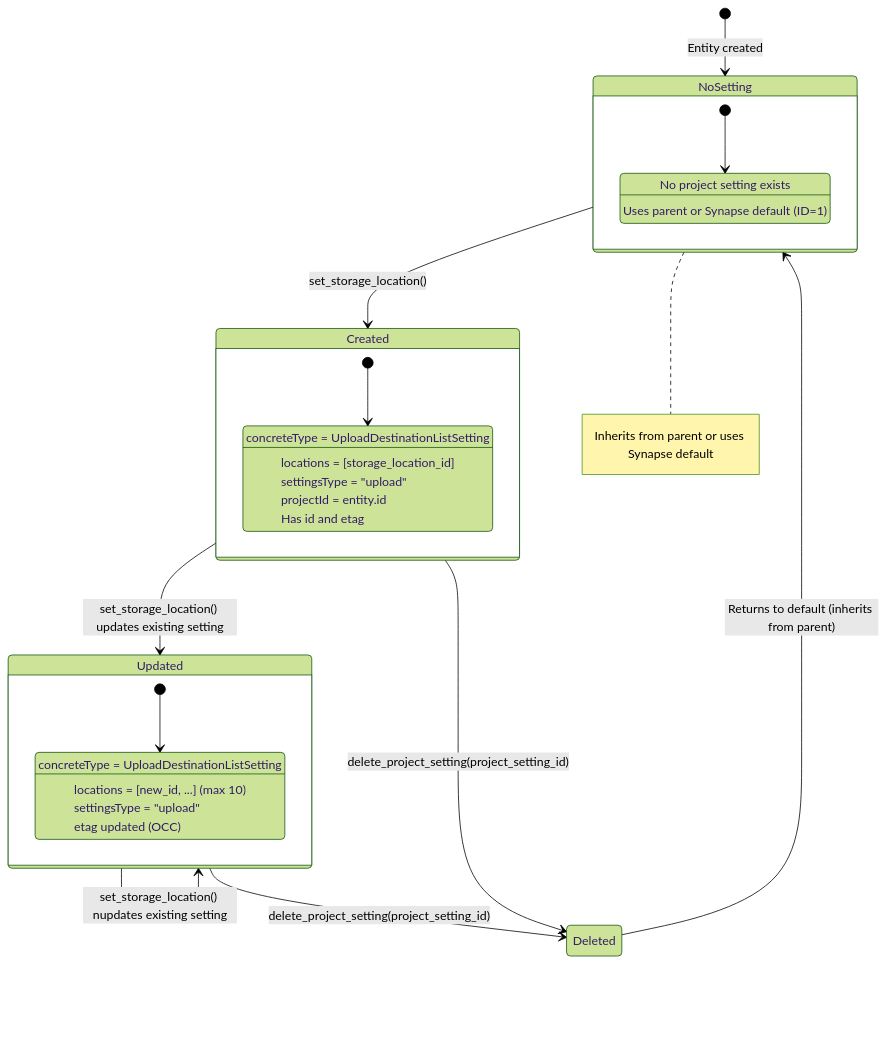
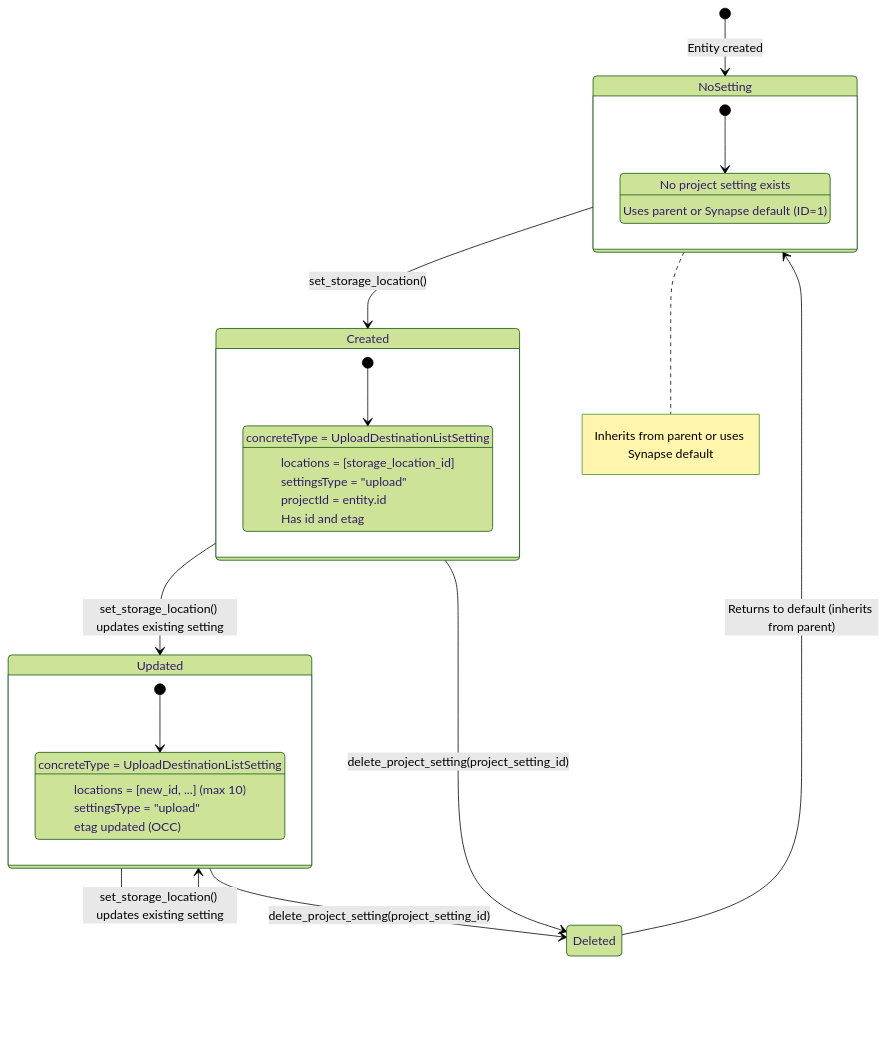
One commit to Sage-Bionetworks/synapsePythonClient changed the seventh of 10 diagrams in docs/explanations/storage_location_architecture.md. Above: the diagram before and after it, drawn with Mermaid (forest theme). The commit also changed other lines of this file, not shown here.

Commit message:
refine migration flow

````diff
--- a/docs/explanations/storage_location_architecture.md
+++ b/docs/explanations/storage_location_architecture.md
@@ -512,38 +512,38 @@
 ```mermaid
 stateDiagram-v2
     [*] --> NoSetting: Entity created
 
     NoSetting --> Created: set_storage_location()
     Note right of NoSetting: Inherits from parent or uses Synapse default
 
     Created --> Updated: set_storage_location() updates existing setting
-    Updated --> Updated: set_storage_location() nupdates existing setting
+    Updated --> Updated: set_storage_location() updates existing setting
 
     Created --> Deleted: delete_project_setting(project_setting_id)
     Updated --> Deleted: delete_project_setting(project_setting_id)
 
     Deleted --> NoSetting: Returns to default (inherits from parent)
 
     state NoSetting {
         [*] --> Inherited
         Inherited: No project setting exists
         Inherited: Uses parent or Synapse default (ID=1)
     }
 
     state Created {
         [*] --> Active
         Active: concreteType = UploadDestinationListSetting
         Active: locations = [storage_location_id]
         Active: settingsType = "upload"
         Active: projectId = entity.id
         Active: Has id and etag
     }
 
     state Updated {
         [*] --> Modified
         Modified: concreteType = UploadDestinationListSetting
         Modified: locations = [new_id, ...] (max 10)
         Modified: settingsType = "upload"
         Modified: etag updated (OCC)
     }
 ```
````
